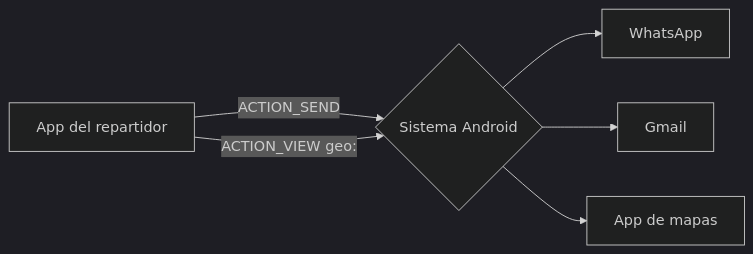
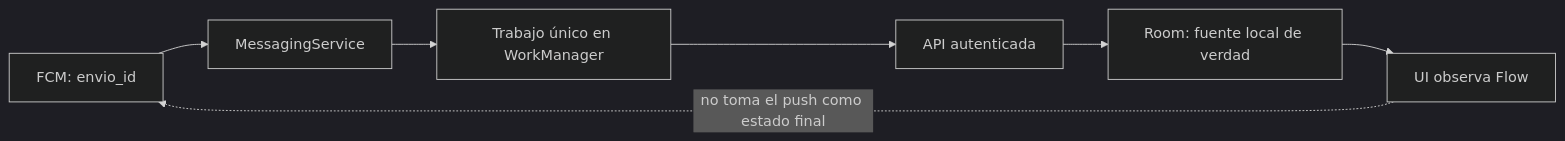
Before and after one commit to NICORUIZ93/The_Imperial_Book: the first of 9 diagrams in web/public/content/android/modulo-15.md, drawn with Mermaid (dark theme). The commit also changed other lines of this file and 305 other files, not shown here.

````diff
--- a/web/public/content/android/modulo-15.md
+++ b/web/public/content/android/modulo-15.md
@@ -24,8 +183,9 @@
 ```mermaid
 flowchart LR
-    A[App del repartidor] -- ACTION_SEND --> S{Sistema Android}
-    S --> W[WhatsApp]
-    S --> G[Gmail]
-    A -- ACTION_VIEW geo: --> S
-    S --> M[App de mapas]
+    F[FCM: envio_id] --> S[MessagingService]
+    S --> W[Trabajo único en WorkManager]
+    W --> A[API autenticada]
+    A --> R[Room: fuente local de verdad]
+    R --> U[UI observa Flow]
+    U -. no toma el push como estado final .-> F
 ```
````
